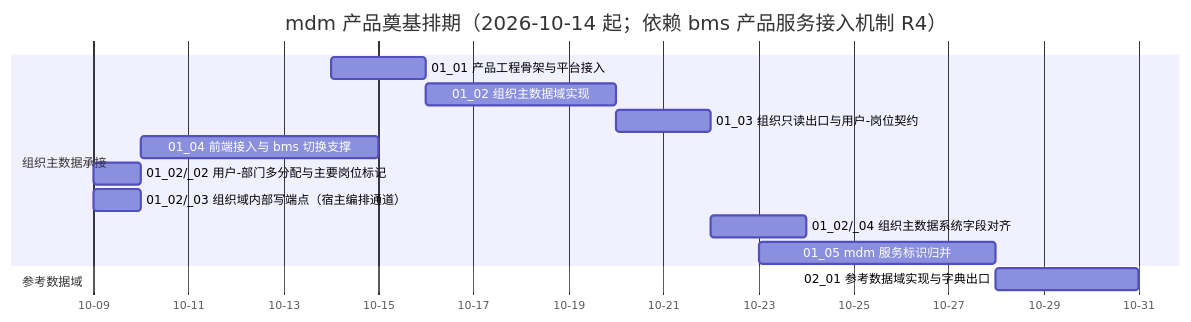
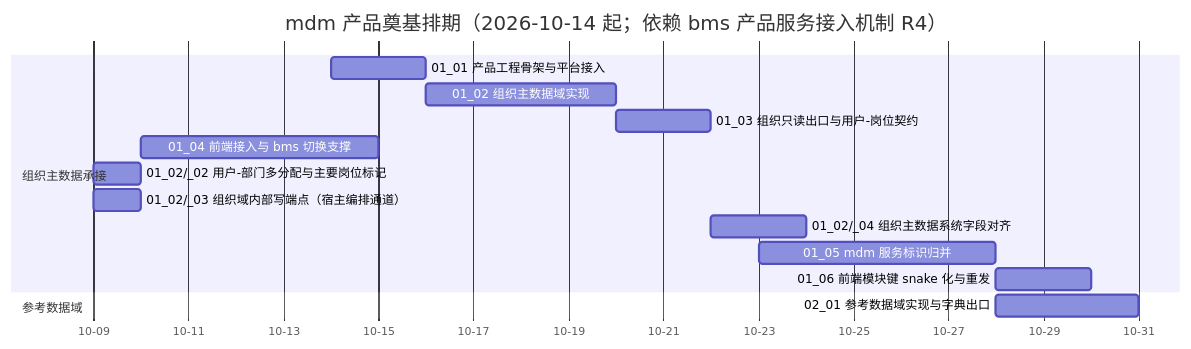
The diagram in mdm文档/项目/01_mdm 产品奠基/计划/01_计划_mdm产品奠基.md (minjian123/master-data-management), drawn with Mermaid before and after one commit. The commit also changed other lines of this file and 5 other files, not shown here.

````diff
--- a/mdm文档/项目/01_mdm 产品奠基/计划/01_计划_mdm产品奠基.md
+++ b/mdm文档/项目/01_mdm 产品奠基/计划/01_计划_mdm产品奠基.md
@@ -39,17 +40,18 @@
 ```mermaid
 gantt
     title mdm 产品奠基排期（2026-10-14 起；依赖 bms 产品服务接入机制 R4）
     dateFormat  YYYY-MM-DD
     axisFormat %m-%d
     section 组织主数据承接
     01_01 产品工程骨架与平台接入 :m0101, 2026-10-14, 2d
     01_02 组织主数据域实现 :m0102, 2026-10-16, 4d
     01_03 组织只读出口与用户-岗位契约 :m0103, 2026-10-20, 2d
     01_04 前端接入与 bms 切换支撑 :m0104, 2026-10-10, 5d
     01_02/_02 用户-部门多分配与主要岗位标记 :m0102b, 2026-10-09, 1d
     01_02/_03 组织域内部写端点（宿主编排通道） :m0102c, 2026-10-09, 1d
     01_02/_04 组织主数据系统字段对齐 :m0102d, 2026-10-22, 2d
     01_05 mdm 服务标识归并 :m0105, 2026-10-23, 5d
+    01_06 前端模块键 snake 化与重发 :m0106, 2026-10-28, 2d
     section 参考数据域
     02_01 参考数据域实现与字典出口 :m0201, 2026-10-28, 3d
 ```
````
